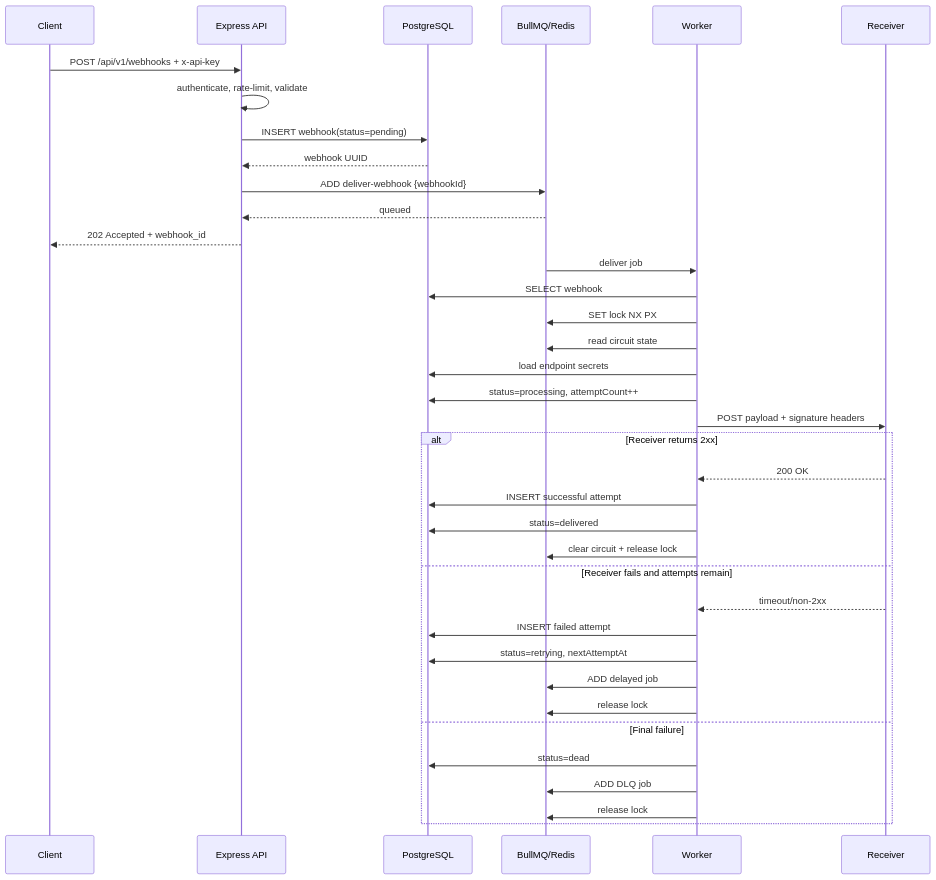
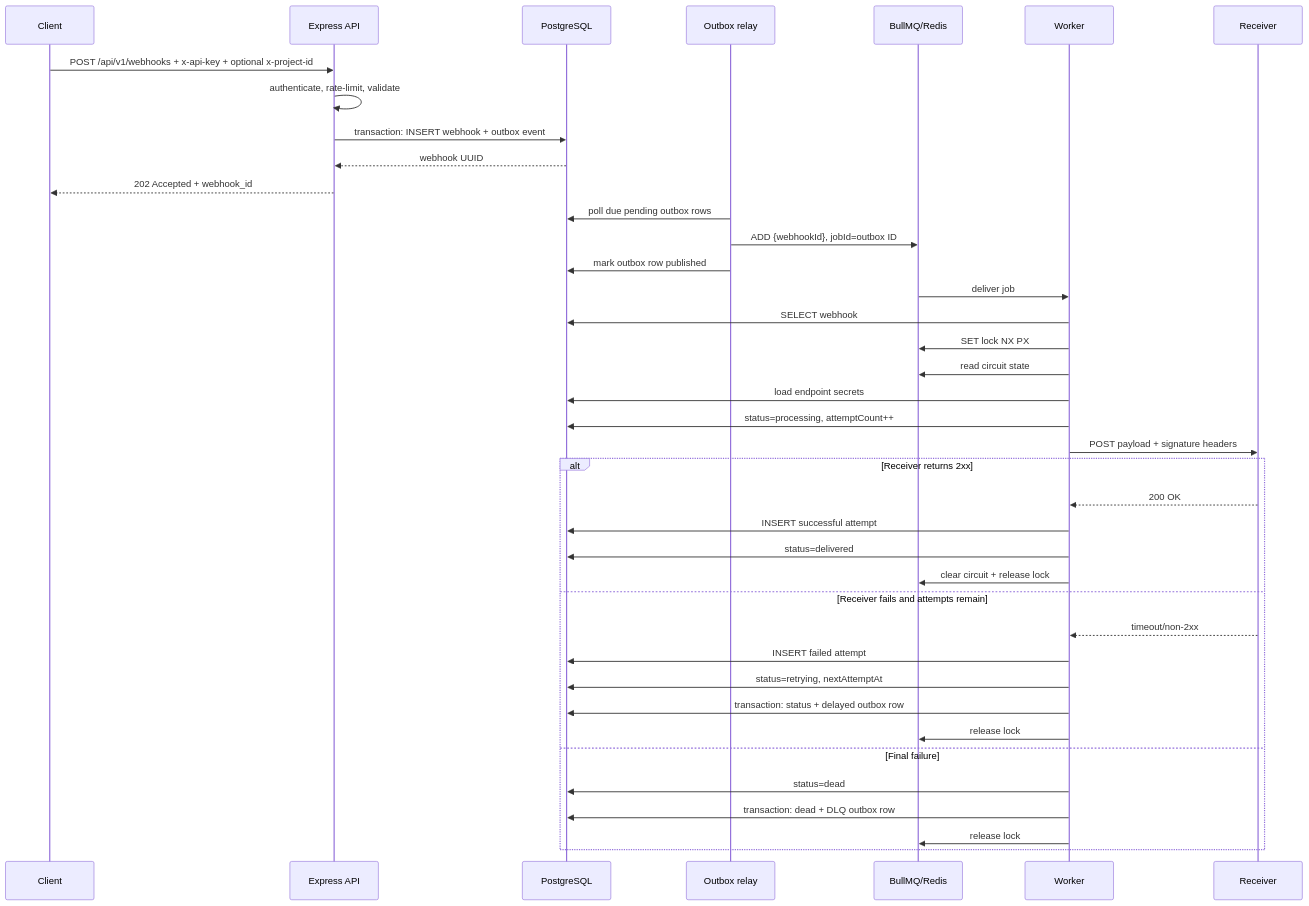
Before and after one commit to Lalithsha/ReHook: the second of 5 diagrams in docs/REHOOK_BEGINNER_TO_INTERVIEW_GUIDE.md, drawn with Mermaid. The commit also changed other lines of this file and 28 other files, not shown here.

````diff
--- a/docs/REHOOK_BEGINNER_TO_INTERVIEW_GUIDE.md
+++ b/docs/REHOOK_BEGINNER_TO_INTERVIEW_GUIDE.md
@@ -221,40 +223,42 @@
 ```mermaid
 sequenceDiagram
     participant C as Client
     participant A as Express API
     participant P as PostgreSQL
+    participant O as Outbox relay
     participant Q as BullMQ/Redis
     participant W as Worker
     participant R as Receiver
 
-    C->>A: POST /api/v1/webhooks + x-api-key
+    C->>A: POST /api/v1/webhooks + x-api-key + optional x-project-id
     A->>A: authenticate, rate-limit, validate
-    A->>P: INSERT webhook(status=pending)
+    A->>P: transaction: INSERT webhook + outbox event
     P-->>A: webhook UUID
-    A->>Q: ADD deliver-webhook {webhookId}
-    Q-->>A: queued
     A-->>C: 202 Accepted + webhook_id
+    O->>P: poll due pending outbox rows
+    O->>Q: ADD {webhookId}, jobId=outbox ID
+    O->>P: mark outbox row published
     Q->>W: deliver job
     W->>P: SELECT webhook
     W->>Q: SET lock NX PX
     W->>Q: read circuit state
     W->>P: load endpoint secrets
     W->>P: status=processing, attemptCount++
     W->>R: POST payload + signature headers
     alt Receiver returns 2xx
         R-->>W: 200 OK
         W->>P: INSERT successful attempt
         W->>P: status=delivered
         W->>Q: clear circuit + release lock
     else Receiver fails and attempts remain
         R-->>W: timeout/non-2xx
         W->>P: INSERT failed attempt
         W->>P: status=retrying, nextAttemptAt
-        W->>Q: ADD delayed job
+        W->>P: transaction: status + delayed outbox row
         W->>Q: release lock
     else Final failure
         W->>P: status=dead
-        W->>Q: ADD DLQ job
+        W->>P: transaction: dead + DLQ outbox row
         W->>Q: release lock
     end
 ```
````
